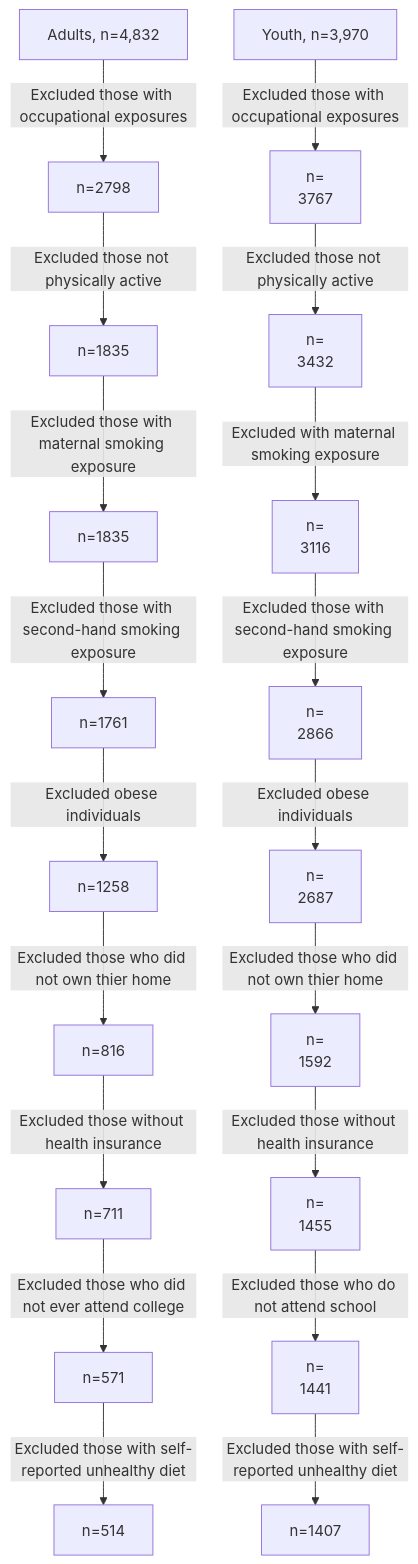
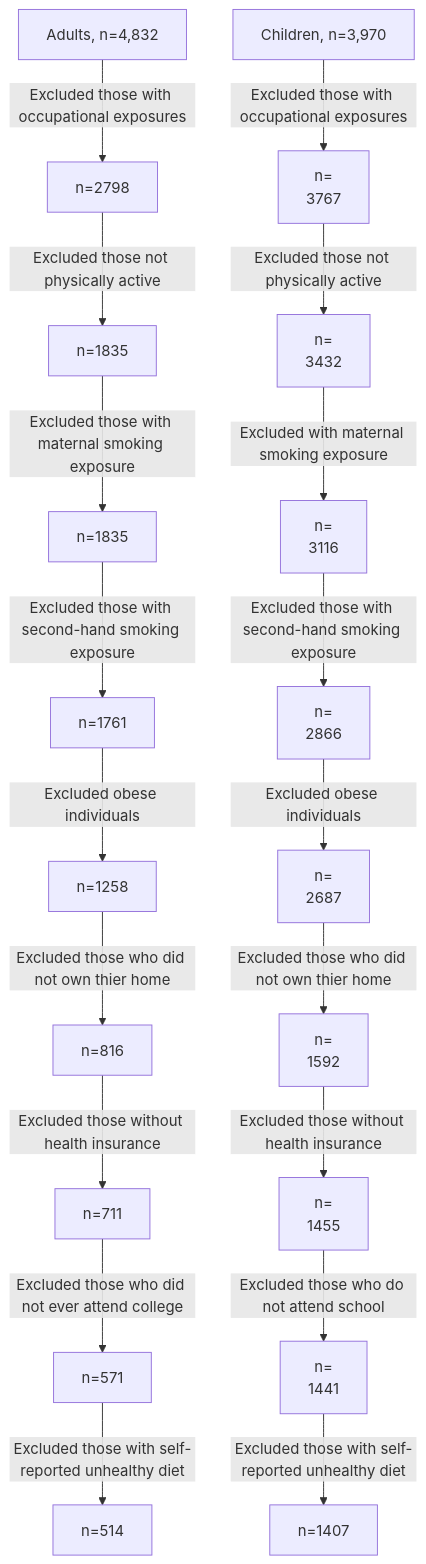
Before and after one commit to aminadibi/who-is-healthy-anyways: the second of 2 diagrams in who-is-healthy-anyways.qmd, drawn with Mermaid. The commit also changed other lines of this file, not shown here.

Commit message:
youth are now children

````diff
--- a/who-is-healthy-anyways.qmd
+++ b/who-is-healthy-anyways.qmd
@@ -1188,30 +1190,30 @@
 ```{mermaid, include=T}
 flowchart TD
     A1["Adults, n=4,832"] -- Excluded those with occupational exposures --> A2[n=2798]
     A2[n=2798] -- Excluded those not physically active --> A3[n=1835]
     A3[n=1835] -- Excluded those with maternal smoking exposure --> A4[n=1835]
     A4[n=1835] -- Excluded those with second-hand smoking exposure --> A5[n=1761]
     A5[n=1761] -- Excluded obese individuals --> A6[n=1258]
     A6[n=1258] -- Excluded those who did not own thier home --> A7[n=816]
     A7[n=816] -- Excluded those without health insurance --> A8[n=711]
     A8[n=711] -- Excluded those who did not ever attend college --> A9[n=571]
     A9[n=571] -- Excluded those with self-reported unhealthy diet --> A10[n=514]
-    Y1["Youth, n=3,970"] -- Excluded those with occupational exposures --> Y2[n=3767]
+    Y1["Children, n=3,970"] -- Excluded those with occupational exposures --> Y2[n=3767]
     Y2[n=
     3767] -- Excluded those not physically active --> Y3[n=3432]
     Y3[n=
     3432] -- Excluded with maternal smoking exposure --> Y4[n=3116]
     Y4[n=
     3116] -- Excluded those with second-hand smoking exposure --> Y5[n=2866]
     Y5[n=
     2866] -- Excluded obese individuals --> Y6[n=2687]
     Y6[n=
     2687] -- Excluded those who did not own thier home --> Y7[n=1592]
     Y7[n=
     1592] -- Excluded those without health insurance --> Y8[n=1455]
     Y8[n=
     1455] -- Excluded those who do not attend school --> Y9[n=1441]
     Y9[n=
     1441] -- Excluded those with self-reported unhealthy diet --> Y10[n=1407]
 
 ```
````
